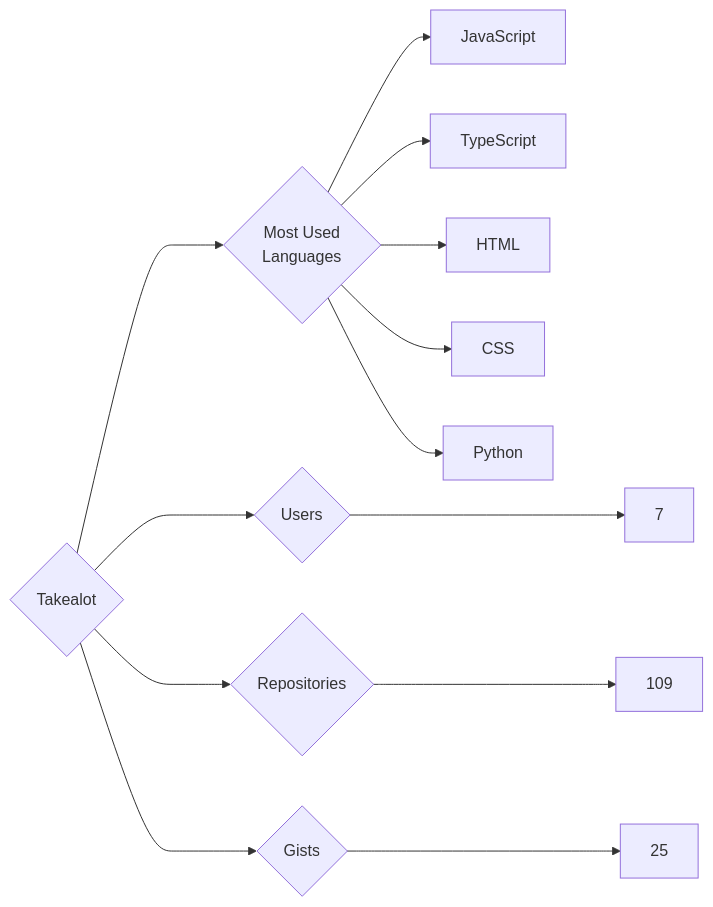
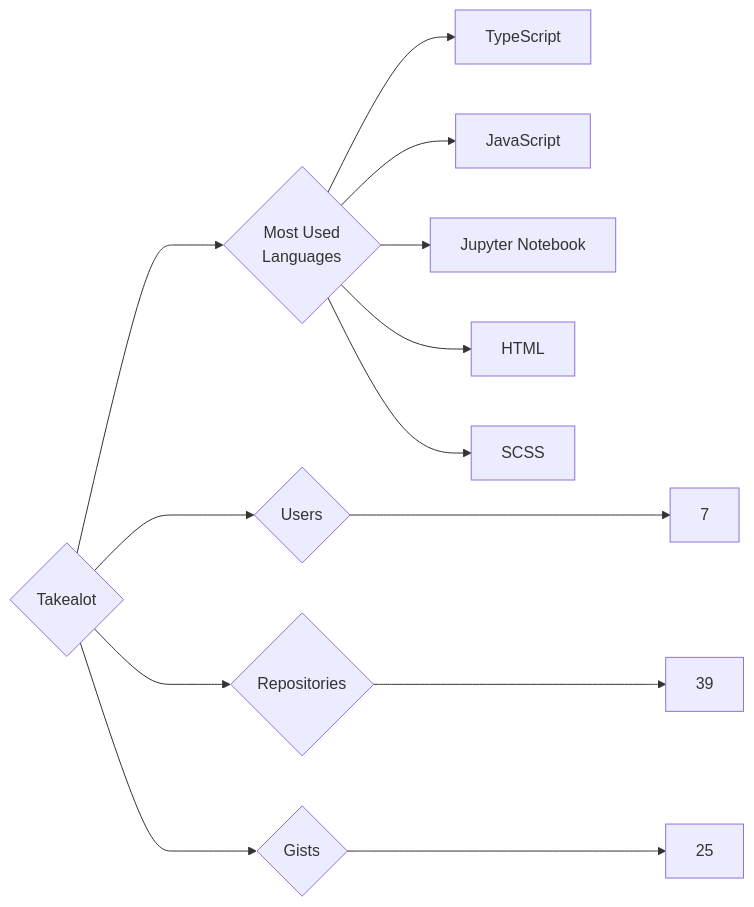
One commit to trickest/insiders changed the diagram in targets/Takealot/README.md. Above: the diagram before and after it, drawn with Mermaid. The commit also changed 969 other files, not shown here.

````diff
--- a/targets/Takealot/README.md
+++ b/targets/Takealot/README.md
@@ -3,13 +3,13 @@
 ```mermaid
 graph LR
 COMPANY_NAME{Takealot}
 COMPANY_NAME ---> U{Users} ---> UN[7]
-COMPANY_NAME ---> R{Repositories} ---> RN[109]
+COMPANY_NAME ---> R{Repositories} ---> RN[39]
 COMPANY_NAME ---> G{Gists} ---> GN[25]
 COMPANY_NAME ---> ML{Most Used<br>Languages}
+ML --> TypeScript[TypeScript]
 ML --> JavaScript[JavaScript]
-ML --> TypeScript[TypeScript]
+ML --> Jupyter_Notebook[Jupyter Notebook]
 ML --> HTML[HTML]
-ML --> CSS[CSS]
-ML --> Python[Python]
+ML --> SCSS[SCSS]
 ```
````
